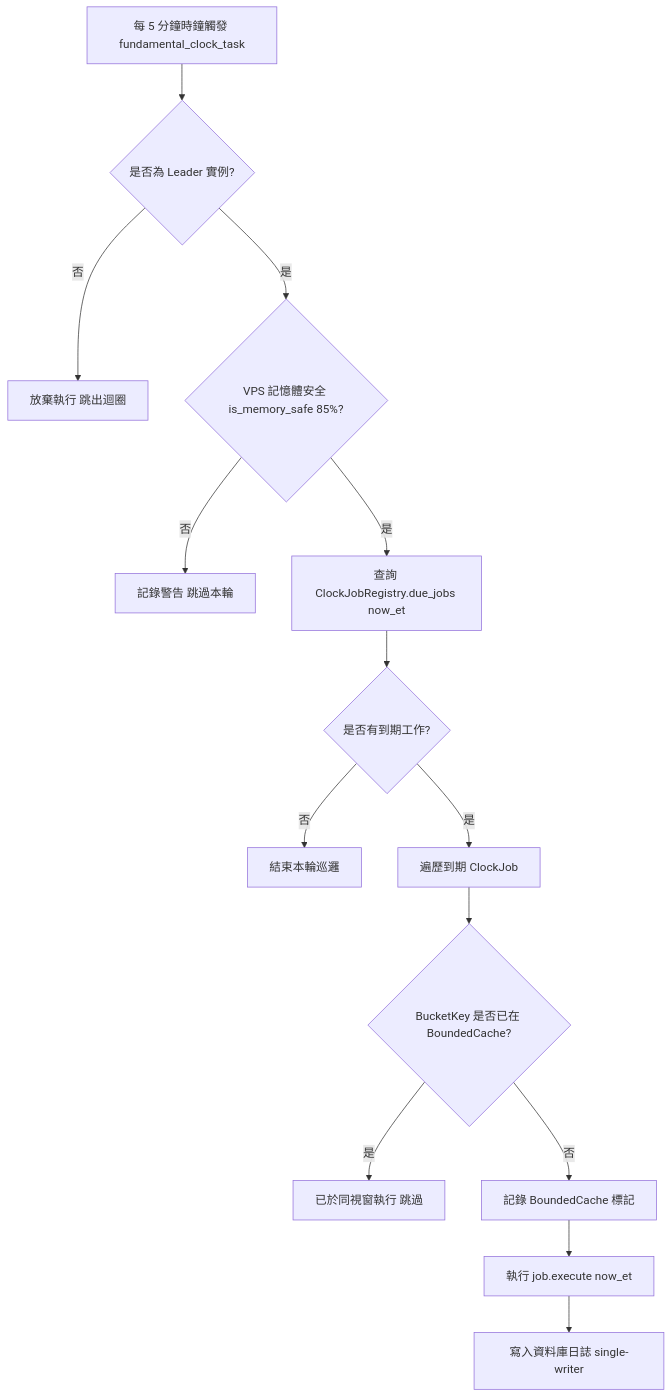
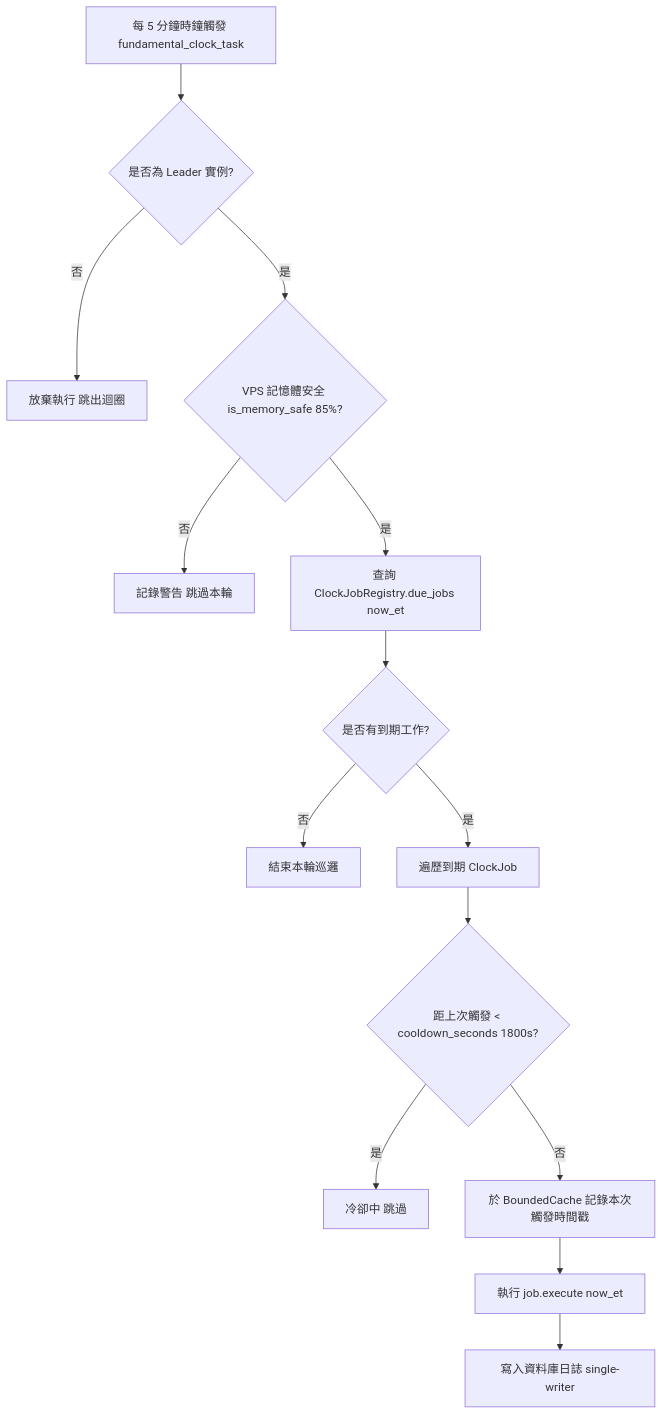
The diagram in docs/architecture/06_fundamental_pipeline_and_event_clock.md (cosmo-chang-1701/nexus-seeker), drawn with Mermaid before and after one commit. The commit also changed other lines of this file and 2 other files, not shown here.

First line of the commit message:
docs(基本面管線): PR1 code review 修正——事件時鐘去重改述為 cooldown 冷卻並補充日曆時效與比對規則

````diff
--- a/docs/architecture/06_fundamental_pipeline_and_event_clock.md
+++ b/docs/architecture/06_fundamental_pipeline_and_event_clock.md
@@ -44,16 +52,16 @@
 ```mermaid
 flowchart TD
     A[每 5 分鐘時鐘觸發 fundamental_clock_task] --> B{是否為 Leader 實例?}
     B -- 否 --> C[放棄執行 跳出迴圈]
     B -- 是 --> D{VPS 記憶體安全 is_memory_safe 85%?}
     D -- 否 --> E[記錄警告 跳過本輪]
     D -- 是 --> F[查詢 ClockJobRegistry.due_jobs now_et]
     F --> G{是否有到期工作?}
     G -- 否 --> H[結束本輪巡邏]
     G -- 是 --> I[遍歷到期 ClockJob]
-    I --> J{BucketKey 是否已在 BoundedCache?}
-    J -- 是 --> K[已於同視窗執行 跳過]
-    J -- 否 --> L[記錄 BoundedCache 標記]
+    I --> J{距上次觸發 < cooldown_seconds 1800s?}
+    J -- 是 --> K[冷卻中 跳過]
+    J -- 否 --> L[於 BoundedCache 記錄本次觸發時間戳]
     L --> M[執行 job.execute now_et]
     M --> N[寫入資料庫日誌 single-writer]
 ```
````
